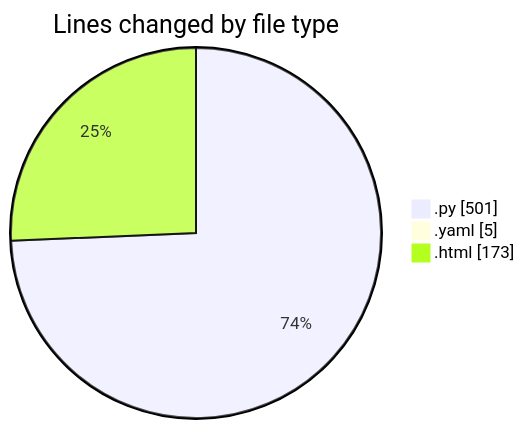
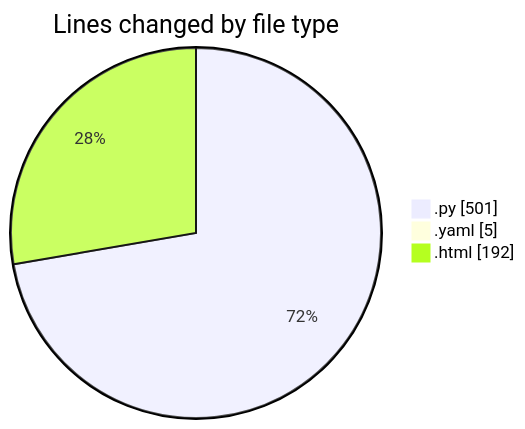
The first of 2 diagrams in 2025-06-26/webapp/README.md (Ritupan-Deka/code-tracking), drawn with Mermaid before and after one commit. The commit also changed other lines of this file and 1 other file, not shown here.

````diff
--- a/2025-06-26/webapp/README.md
+++ b/2025-06-26/webapp/README.md
@@ -26,7 +26,7 @@
 ```mermaid
 pie showData
 title Lines changed by file type
 ".py" : 501
 ".yaml" : 5
-".html" : 173
+".html" : 192
 ```
````
